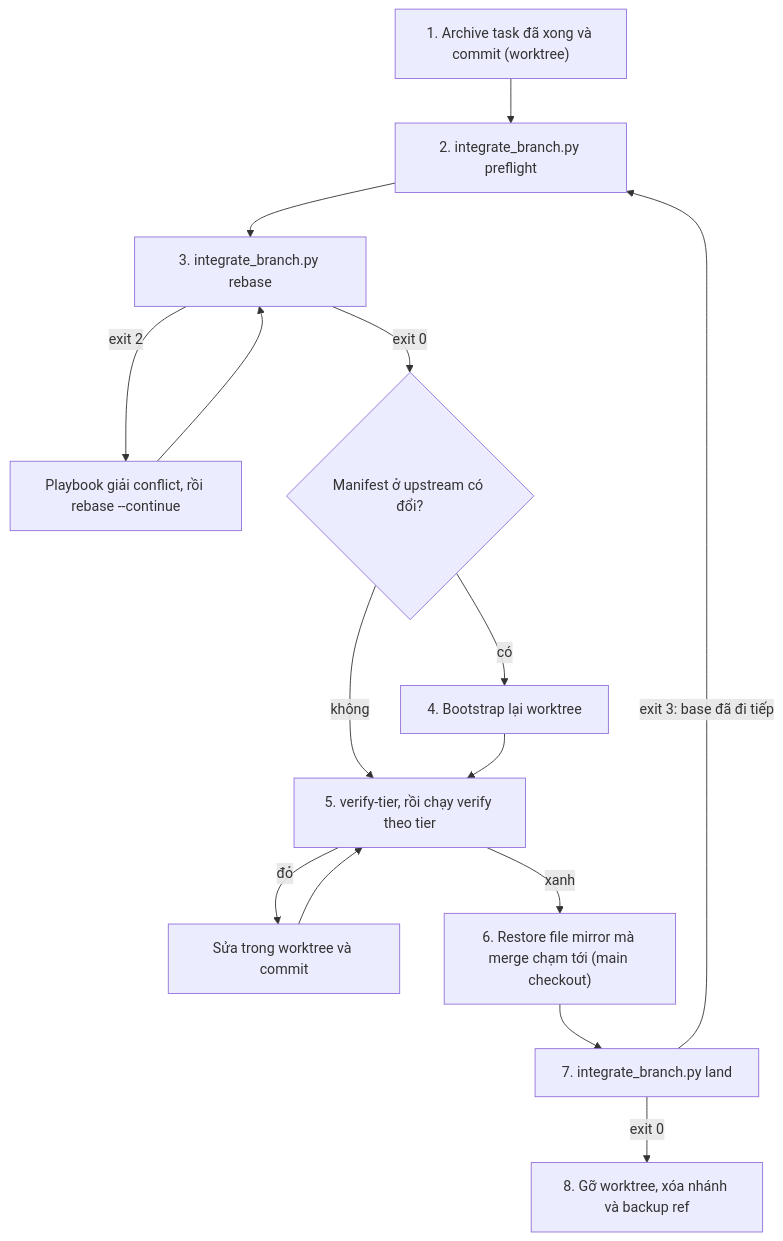
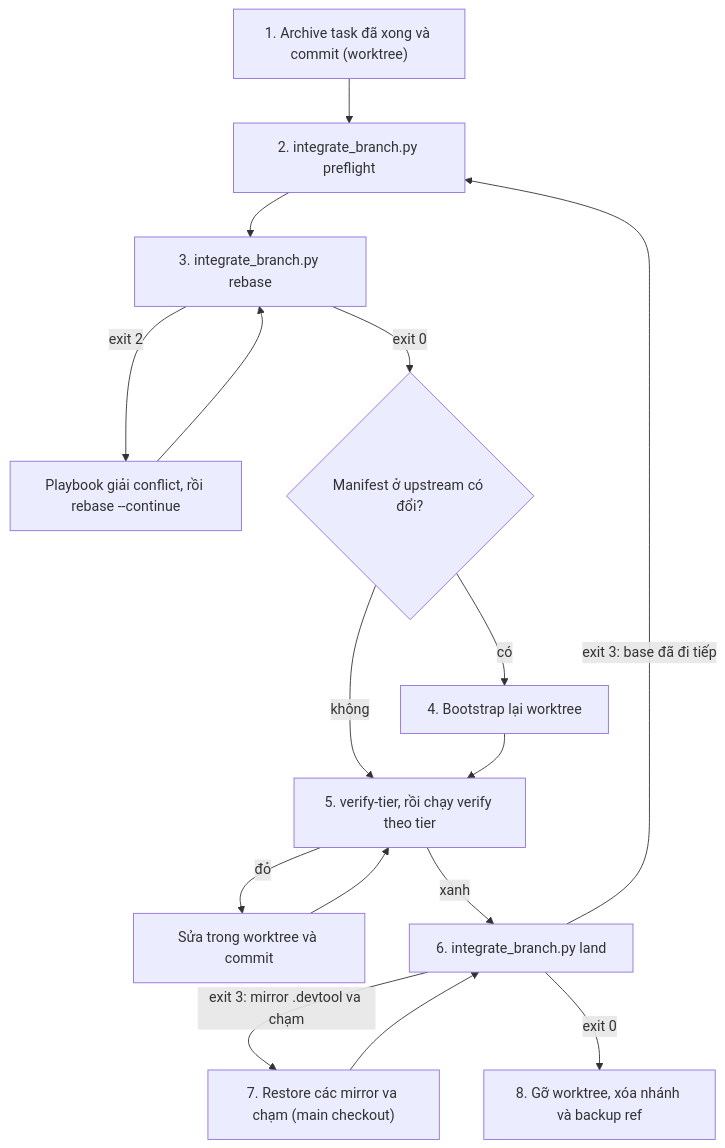
Before and after one commit to DanhDue/ai-agent-tools: the diagram in docs/superpowers/specs/2026-10-09-finishing-branch-rebase-design.vi.md, drawn with Mermaid. The commit also changed other lines of this file and 1 other file, not shown here.

First line of the commit message:
[FINISHING_BRANCH_REBASE] Refine spec after prototyping the script

````diff
--- a/docs/superpowers/specs/2026-10-09-finishing-branch-rebase-design.vi.md
+++ b/docs/superpowers/specs/2026-10-09-finishing-branch-rebase-design.vi.md
@@ -216,17 +221,18 @@
 ```mermaid
 flowchart TD
     ARCH["1. Archive task đã xong và commit (worktree)"] --> PRE["2. integrate_branch.py preflight"]
     PRE --> REB["3. integrate_branch.py rebase"]
     REB -->|"exit 2"| PLAY["Playbook giải conflict, rồi rebase --continue"]
     PLAY --> REB
     REB -->|"exit 0"| BOOT{"Manifest ở upstream có đổi?"}
     BOOT -->|có| BS["4. Bootstrap lại worktree"]
     BOOT -->|không| TIER["5. verify-tier, rồi chạy verify theo tier"]
     BS --> TIER
     TIER -->|"đỏ"| FIX["Sửa trong worktree và commit"]
     FIX --> TIER
-    TIER -->|"xanh"| RESTORE["6. Restore file mirror mà merge chạm tới (main checkout)"]
-    RESTORE --> LAND["7. integrate_branch.py land"]
+    TIER -->|"xanh"| LAND["6. integrate_branch.py land"]
+    LAND -->|"exit 3: mirror .devtool va chạm"| RESTORE["7. Restore các mirror va chạm (main checkout)"]
+    RESTORE --> LAND
     LAND -->|"exit 3: base đã đi tiếp"| PRE
     LAND -->|"exit 0"| CLEAN["8. Gỡ worktree, xóa nhánh và backup ref"]
 ```
````
